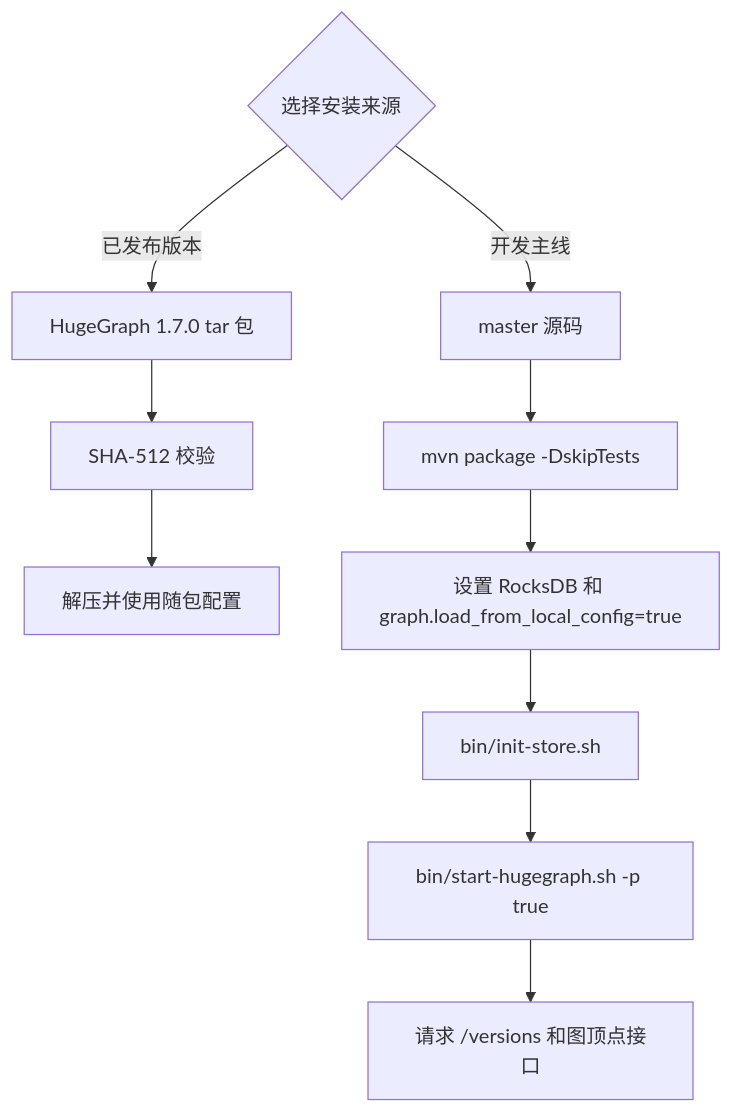
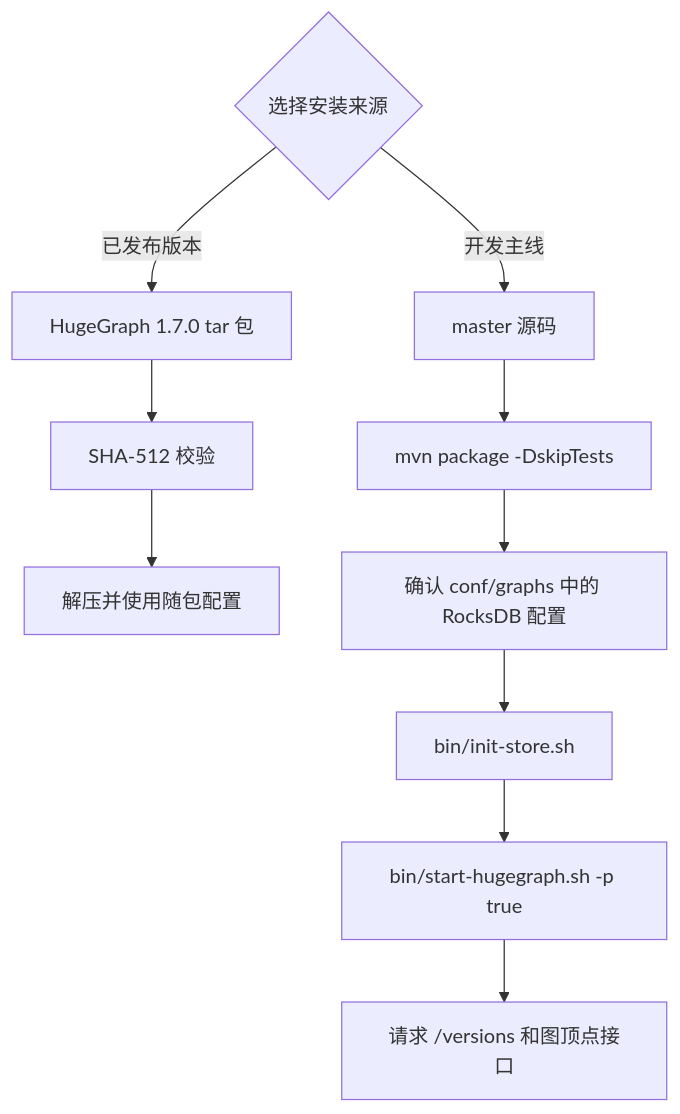
The diagram in content/cn/docs/quickstart/hugegraph/hugegraph-server.md (apache/hugegraph-doc), drawn with Mermaid before and after one commit. The commit also changed other lines of this file and 3 other files, not shown here.

Commit message:
docs(cn): clarify local graph loading and HStore startup

````diff
--- a/content/cn/docs/quickstart/hugegraph/hugegraph-server.md
+++ b/content/cn/docs/quickstart/hugegraph/hugegraph-server.md
@@ -21,13 +21,13 @@
 ```mermaid
 flowchart TD
     A{选择安装来源}
     A -->|已发布版本| R["HugeGraph 1.7.0 tar 包"]
     R --> V[SHA-512 校验]
     V --> X[解压并使用随包配置]
     A -->|开发主线| M["master 源码"]
     M --> B["mvn package -DskipTests"]
-    B --> C[设置 RocksDB 和 graph.load_from_local_config=true]
+    B --> C[确认 conf/graphs 中的 RocksDB 配置]
     C --> I[bin/init-store.sh]
     I --> S["bin/start-hugegraph.sh -p true"]
     S --> Q["请求 /versions 和图顶点接口"]
 ```
````
